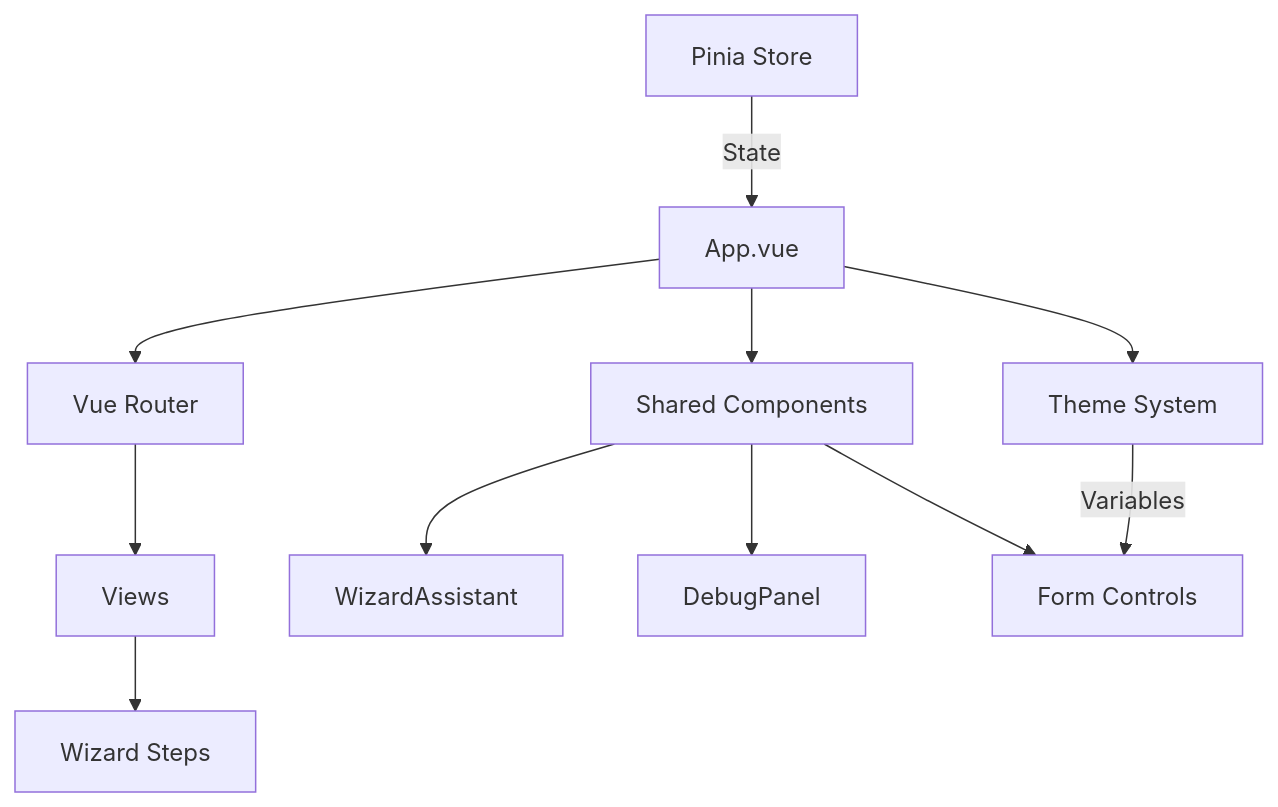
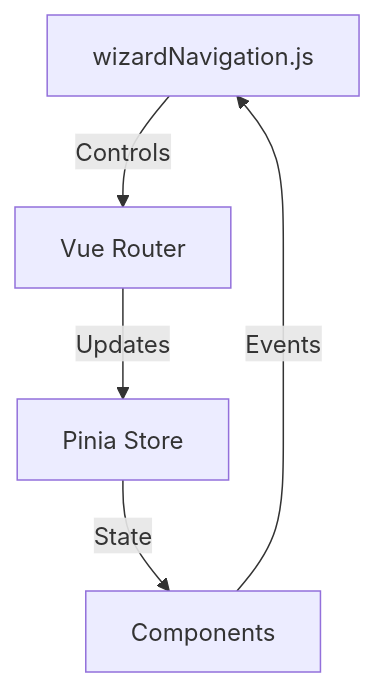
The second of 2 diagrams in README.md (eric-fern/wizardteach), drawn with Mermaid before and after one commit. The commit also changed other lines of this file and 7 other files, not shown here.

````diff
--- a/README.md
+++ b/README.md
@@ -53,20 +516,7 @@
 ```mermaid
 graph TD
-    %% Core Application
-    APP[App.vue] --> ROUTER[Vue Router]
-    ROUTER --> VIEWS[Views]
-    APP --> THEME[Theme System]
-    
-    %% Main Views & Components
-    VIEWS --> WIZARD[Wizard Steps]
-    APP --> SHARED[Shared Components]
-    
-    %% Key Components
-    SHARED --> ASSISTANT[WizardAssistant]
-    SHARED --> DEBUG[DebugPanel]
-    SHARED --> FORMS[Form Controls]
-    
-    %% State & Theme
-    STORE[Pinia Store] --> |State| APP
-    THEME --> |Variables| FORMS
+    A[wizardNavigation.js] -->|Controls| B[Vue Router]
+    B -->|Updates| C[Pinia Store]
+    C -->|State| D[Components]
+    D -->|Events| A
 ```
````
